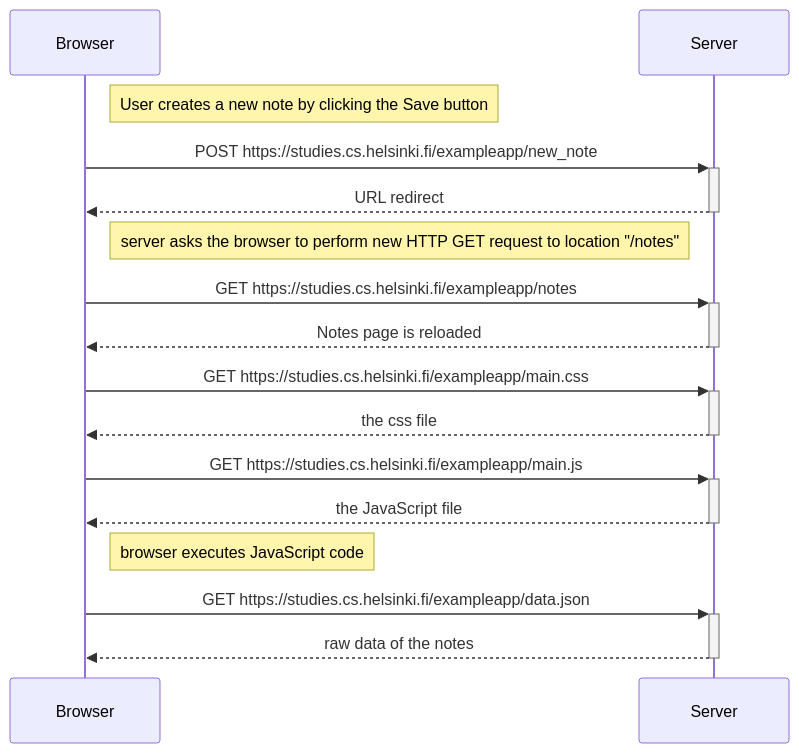
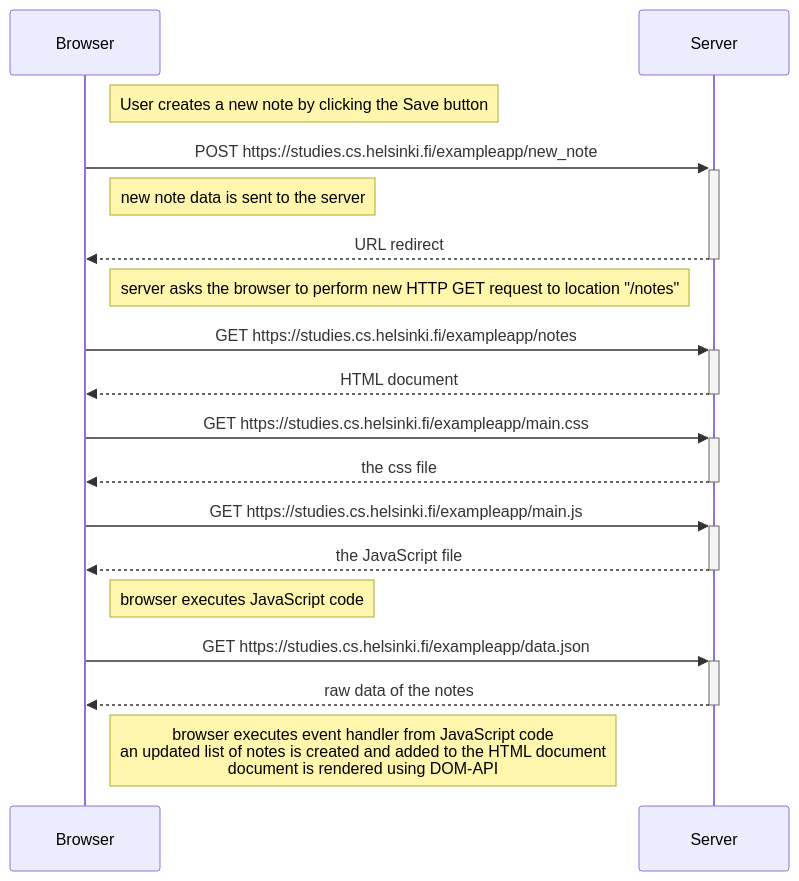
Before and after one commit to VictoriaColeman/FullStackOpenPart0: the diagram in 0.4-NewNoteDiagram.md, drawn with Mermaid.

Commit message:
Enhance sequence diagram for new note creation
Updated the sequence diagram to clarify the note creation process and added details about the browser's handling of the updated notes.

````diff
--- a/0.4-NewNoteDiagram.md
+++ b/0.4-NewNoteDiagram.md
@@ -2,16 +2,18 @@
 ```mermaid
 sequenceDiagram
     Note right of Browser: User creates a new note by clicking the Save button
     Browser->>+Server: POST https://studies.cs.helsinki.fi/exampleapp/new_note
+    Note right of Browser: new note data is sent to the server
     Server-->>-Browser: URL redirect
     Note right of Browser: server asks the browser to perform new HTTP GET request to location "/notes" 
     Browser->>+Server: GET https://studies.cs.helsinki.fi/exampleapp/notes
-    Server-->>-Browser: Notes page is reloaded
+    Server-->>-Browser: HTML document
     Browser->>+Server: GET https://studies.cs.helsinki.fi/exampleapp/main.css
     Server-->>-Browser: the css file
     Browser->>+Server: GET https://studies.cs.helsinki.fi/exampleapp/main.js
     Server-->>-Browser: the JavaScript file
     Note right of Browser: browser executes JavaScript code
     Browser->>+Server: GET https://studies.cs.helsinki.fi/exampleapp/data.json
     Server-->>-Browser: raw data of the notes
+    Note right of Browser: browser executes event handler from JavaScript code<br/>an updated list of notes is created and added to the HTML document<br/>document is rendered using DOM-API
 ```
````
